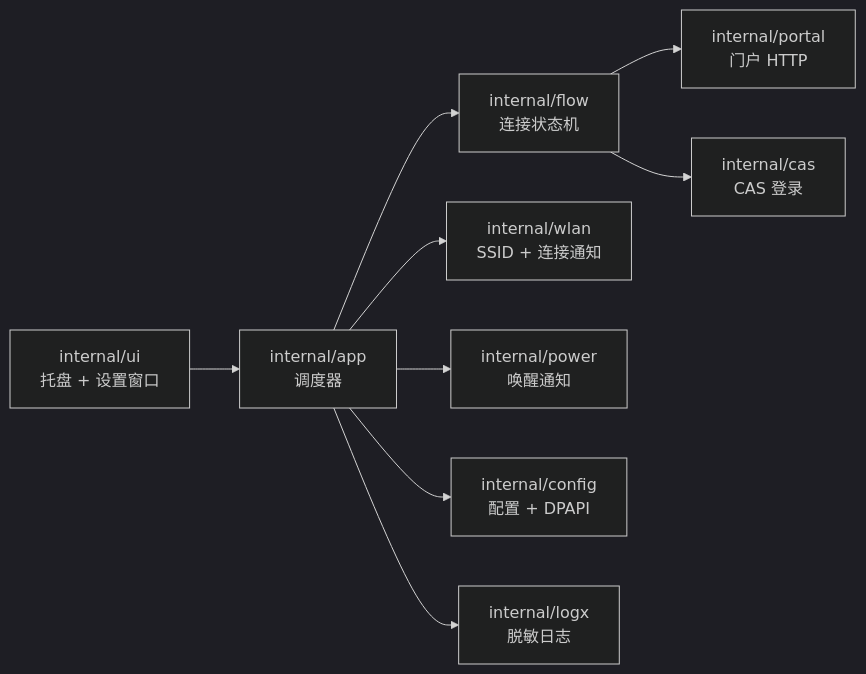
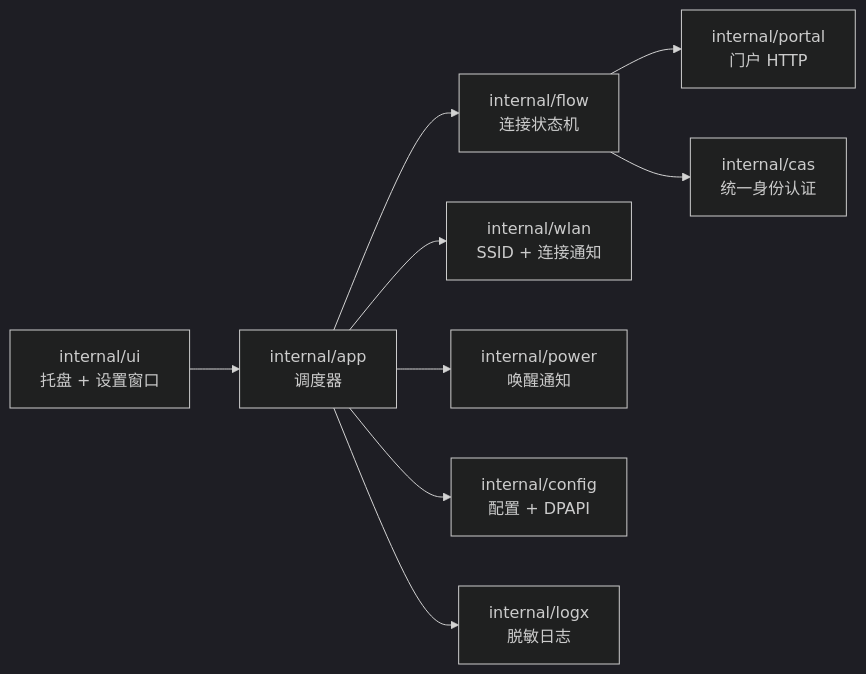
Before and after one commit to fguhrjj/ntvu-campus-connect: the first of 2 diagrams in docs/superpowers/specs/2026-10-08-campus-autoconnect-design.md, drawn with Mermaid (dark theme). The commit also changed other lines of this file, not shown here.

Commit message:
docs: route credentials through cas-sso adapter to authserver

````diff
--- a/docs/superpowers/specs/2026-10-08-campus-autoconnect-design.md
+++ b/docs/superpowers/specs/2026-10-08-campus-autoconnect-design.md
@@ -72,11 +78,11 @@
 ```mermaid
 flowchart LR
   UI[internal/ui<br/>托盘 + 设置窗口] --> APP[internal/app<br/>调度器]
   APP --> FLOW[internal/flow<br/>连接状态机]
   APP --> WLAN[internal/wlan<br/>SSID + 连接通知]
   APP --> PWR[internal/power<br/>唤醒通知]
   FLOW --> PORTAL[internal/portal<br/>门户 HTTP]
-  FLOW --> CAS[internal/cas<br/>CAS 登录]
+  FLOW --> CAS[internal/cas<br/>统一身份认证]
   APP --> CFG[internal/config<br/>配置 + DPAPI]
   APP --> LOG[internal/logx<br/>脱敏日志]
 ```
````
